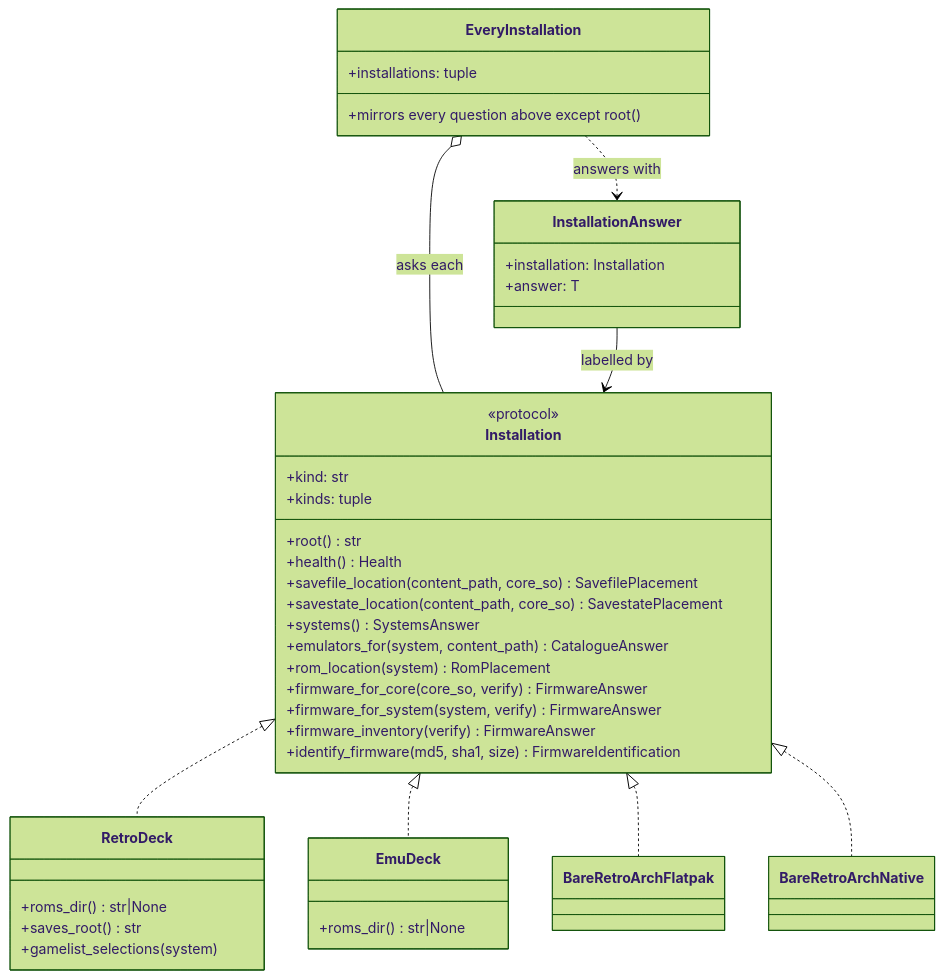
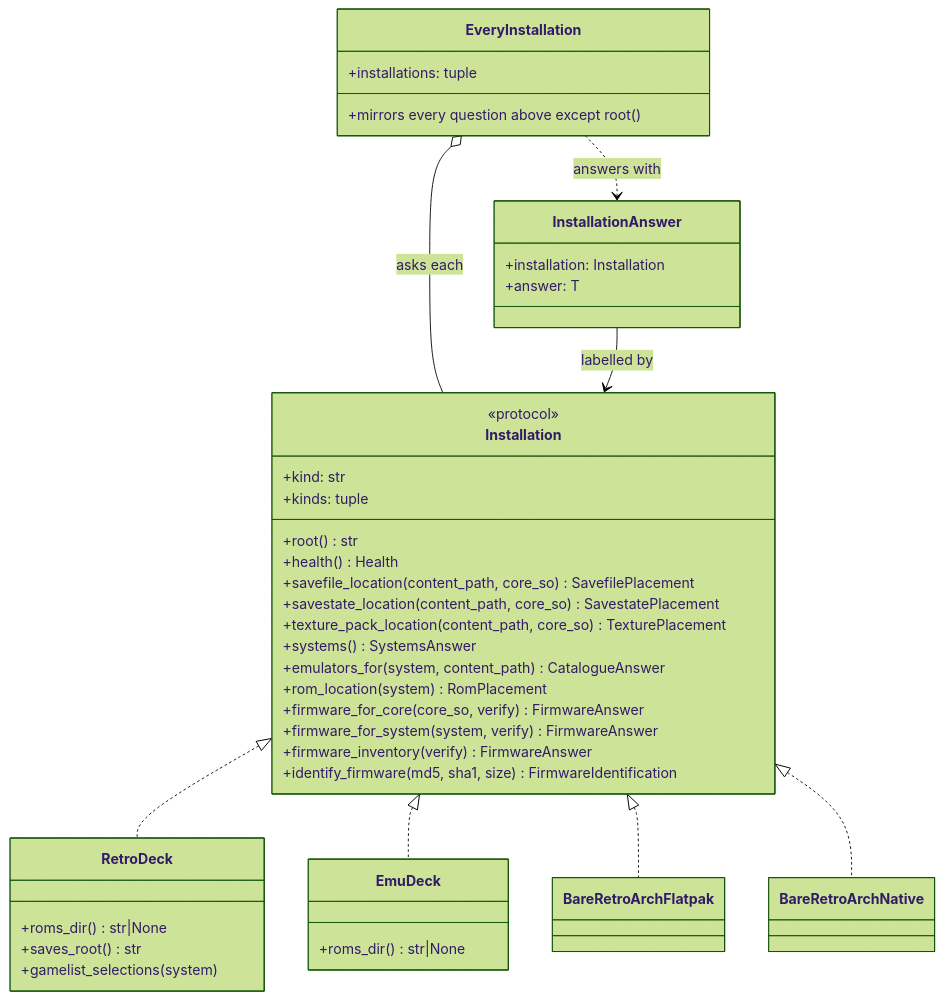
The second of 3 diagrams in docs/architecture.md (danielcopper/emu-atlas), drawn with Mermaid (forest theme) before and after one commit. The commit also changed other lines of this file and 21 other files, not shown here.

````diff
--- a/docs/architecture.md
+++ b/docs/architecture.md
@@ -60,45 +60,46 @@
 ```mermaid
 classDiagram
     class Installation {
         <<protocol>>
         +kind: str
         +kinds: tuple
         +root() str
         +health() Health
         +savefile_location(content_path, core_so) SavefilePlacement
         +savestate_location(content_path, core_so) SavestatePlacement
+        +texture_pack_location(content_path, core_so) TexturePlacement
         +systems() SystemsAnswer
         +emulators_for(system, content_path) CatalogueAnswer
         +rom_location(system) RomPlacement
         +firmware_for_core(core_so, verify) FirmwareAnswer
         +firmware_for_system(system, verify) FirmwareAnswer
         +firmware_inventory(verify) FirmwareAnswer
         +identify_firmware(md5, sha1, size) FirmwareIdentification
     }
     class RetroDeck {
         +roms_dir() str|None
         +saves_root() str
         +gamelist_selections(system)
     }
     class EmuDeck {
         +roms_dir() str|None
     }
     class BareRetroArchFlatpak
     class BareRetroArchNative
     class EveryInstallation {
         +installations: tuple
         +mirrors every question above except root()
     }
     class InstallationAnswer {
         +installation: Installation
         +answer: T
     }
 
     Installation <|.. RetroDeck
     Installation <|.. EmuDeck
     Installation <|.. BareRetroArchFlatpak
     Installation <|.. BareRetroArchNative
     EveryInstallation o-- Installation : asks each
     EveryInstallation ..> InstallationAnswer : answers with
     InstallationAnswer --> Installation : labelled by
 ```
````
